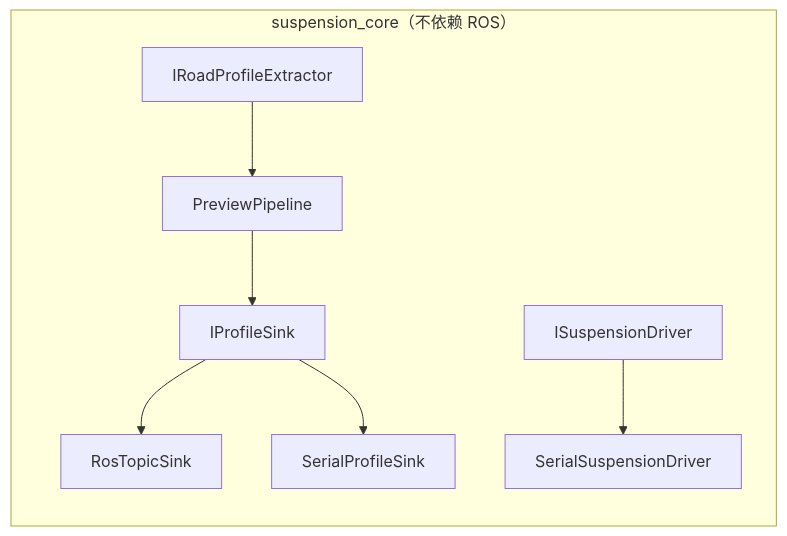
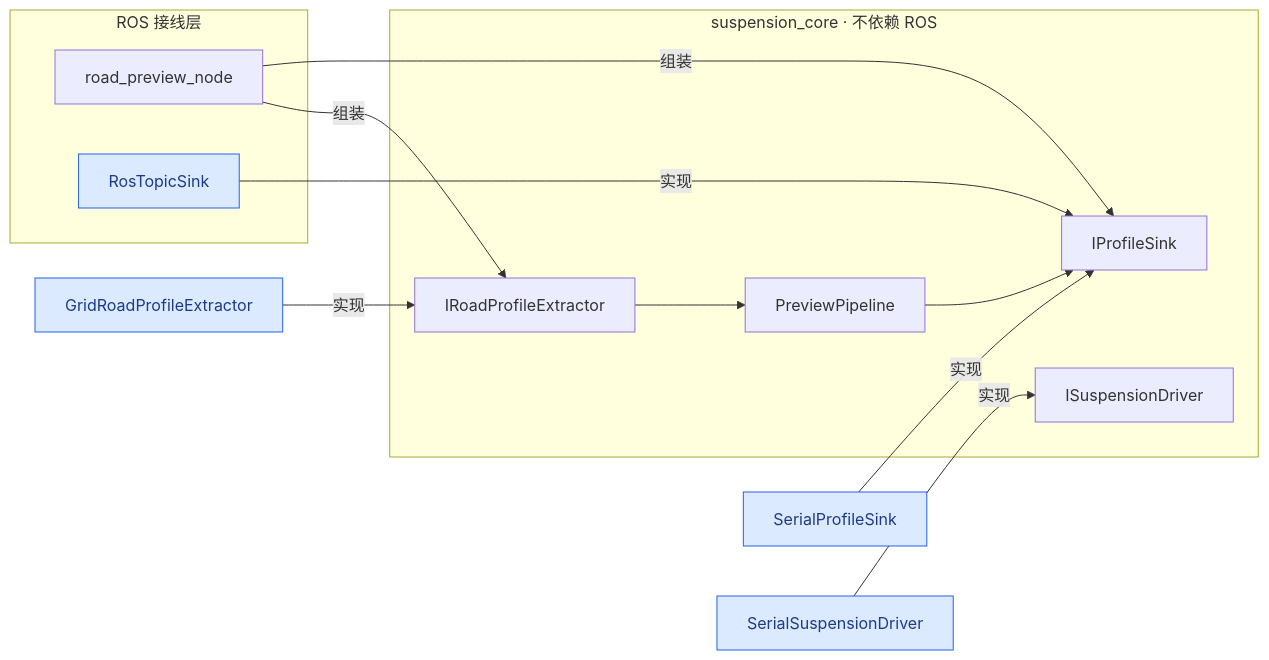
One commit to qi-neo/active-suspension-lidar-preview changed the third of 3 diagrams in README.md. Above: the diagram before and after it, drawn with Mermaid. The commit also changed other lines of this file, not shown here.

Commit message:
docs: 图示改用苹果字体栈并改进表达
- 三张 Mermaid 图加 init 指令指定 fontFamily（Apple 系统字体优先，其余平台逐级回退）
- 架构图用带标签的实线取代原先重复的虚线，一条边同时表达前馈通路与串口协议
- 数据流图区分串口与话题两条输出路径
- 修正核心库图：RosTopicSink 依赖 rclcpp，不应画在"不依赖 ROS"框内，改为接口-实现分层

````diff
--- a/README.md
+++ b/README.md
@@ -104,9 +104,20 @@
 ```mermaid
+%%{init: {"fontFamily": "-apple-system, BlinkMacSystemFont, PingFang SC, Helvetica Neue, Microsoft YaHei, sans-serif"}}%%
 flowchart LR
-    subgraph CORE["suspension_core（不依赖 ROS）"]
-        E["IRoadProfileExtractor"] --> PL["PreviewPipeline"] --> S["IProfileSink"]
-        S --> R["RosTopicSink"]
-        S --> SE["SerialProfileSink"]
-        D["ISuspensionDriver"] --> SD["SerialSuspensionDriver"]
+    subgraph CORE["suspension_core · 不依赖 ROS"]
+        EX["IRoadProfileExtractor"] --> PP["PreviewPipeline"] --> SK["IProfileSink"]
+        DR["ISuspensionDriver"]
     end
+    subgraph LAYER["ROS 接线层"]
+        N["road_preview_node"]
+        RS["RosTopicSink"]
+    end
+    N -->|组装| EX
+    N -->|组装| SK
+    GF["GridRoadProfileExtractor"] -->|实现| EX
+    SF["SerialProfileSink"] -->|实现| SK
+    SD["SerialSuspensionDriver"] -->|实现| DR
+    RS -->|实现| SK
+    classDef impl fill:#dbeafe,stroke:#2563eb,color:#1e3a8a
+    class GF,SF,SD,RS impl
 ```
````
